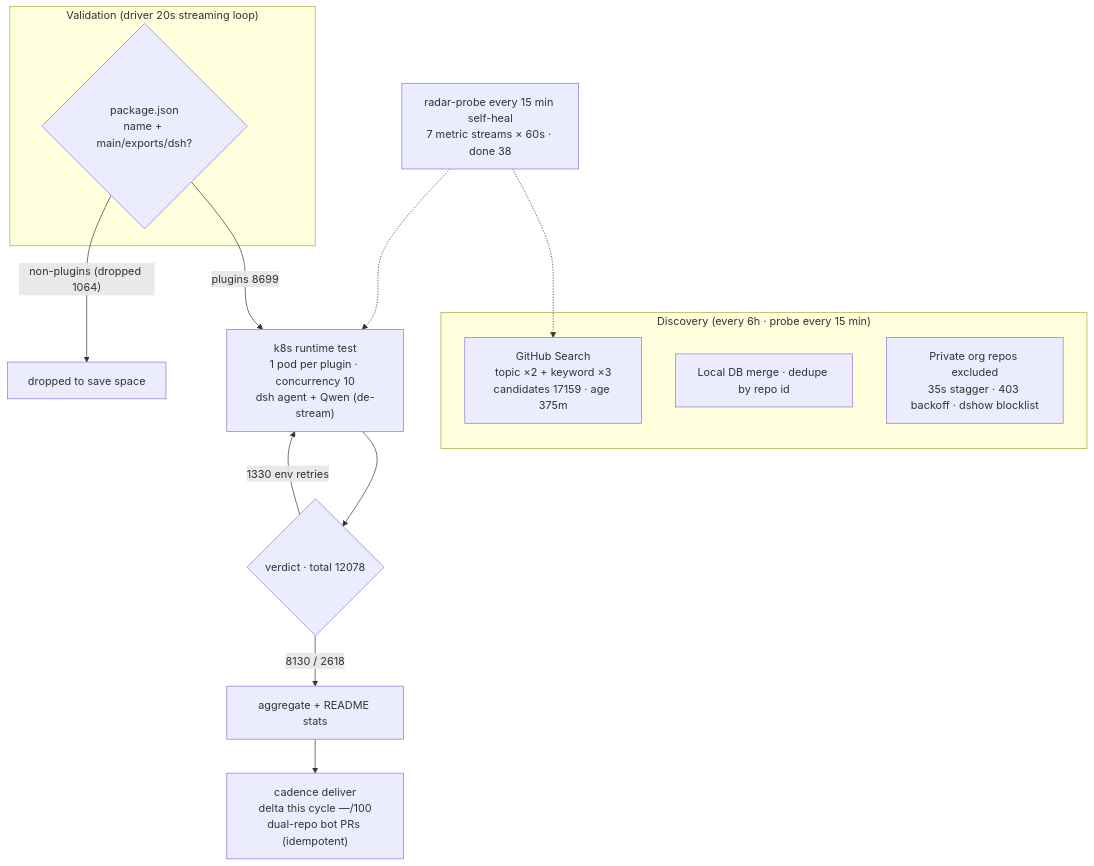
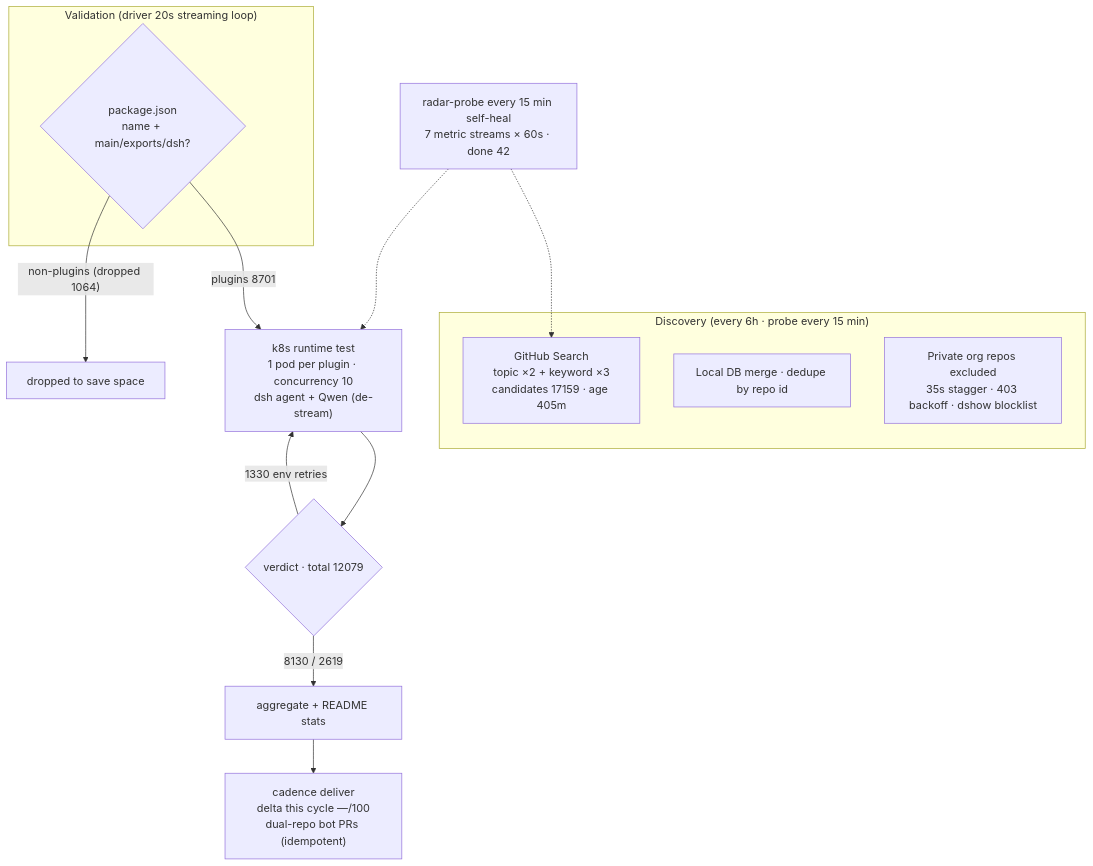
Before and after one commit to AdamPlatin123/awesome-dsh-plugins: the diagram in README.en-US.md, drawn with Mermaid. The commit also changed other lines of this file and 5 other files, not shown here.

````diff
--- a/README.en-US.md
+++ b/README.en-US.md
@@ -45,20 +45,20 @@
 ```mermaid
 flowchart TB
     subgraph Discovery["Discovery (every 6h · probe every 15 min)"]
-        A1["GitHub Search<br/>topic ×2 + keyword ×3<br/>candidates 17159 · age 375m"]
+        A1["GitHub Search<br/>topic ×2 + keyword ×3<br/>candidates 17159 · age 405m"]
         A2["Local DB merge · dedupe by repo id"]
         A3["Private org repos excluded<br/>35s stagger · 403 backoff · dshow blocklist"]
     end
     subgraph Validation["Validation (driver 20s streaming loop)"]
         B1{"package.json<br/>name + main/exports/dsh?"}
     end
-    B1 -->|"plugins 8699"| C1["k8s runtime test<br/>1 pod per plugin · concurrency 10<br/>dsh agent + Qwen (de-stream)"]
+    B1 -->|"plugins 8701"| C1["k8s runtime test<br/>1 pod per plugin · concurrency 10<br/>dsh agent + Qwen (de-stream)"]
     B1 -->|"non-plugins (dropped 1064)"| B3["dropped to save space"]
-    C1 --> D1{"verdict · total 12078"}
-    D1 -->|"8130 / 2618"| E1["aggregate + README stats"]
+    C1 --> D1{"verdict · total 12079"}
+    D1 -->|"8130 / 2619"| E1["aggregate + README stats"]
     D1 -->|"1330 env retries"| C1
     E1 --> E2["cadence deliver<br/>delta this cycle —/100<br/>dual-repo bot PRs (idempotent)"]
-    M["radar-probe every 15 min self-heal<br/>7 metric streams × 60s · done 38"]
+    M["radar-probe every 15 min self-heal<br/>7 metric streams × 60s · done 42"]
     M -.-> A1
     M -.-> C1
 ```
````
